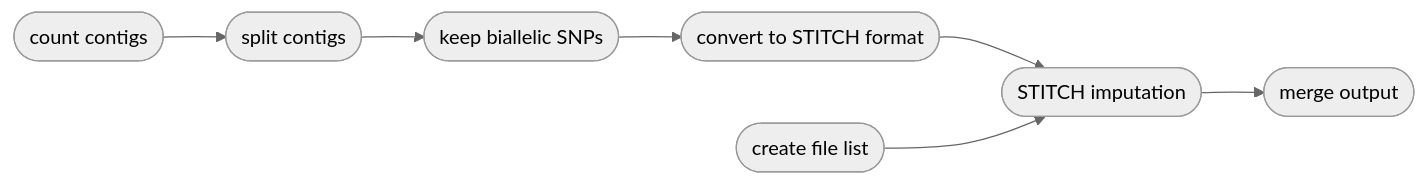
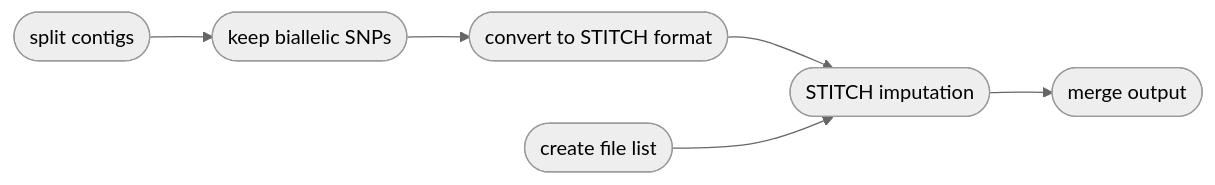
The diagram in Modules/imputation.md (pdimens/harpy), drawn with Mermaid (neutral theme) before and after one commit. The commit also changed other lines of this file and 4 other files, not shown here.

````diff
--- a/Modules/imputation.md
+++ b/Modules/imputation.md
@@ -123,9 +128,8 @@
 ```mermaid
 graph LR
-    A([count contigs]) --> B([split contigs])
-    B-->C([keep biallelic SNPs])
+    B([split contigs])-->C([keep biallelic SNPs])
     C-->D([convert to STITCH format])
     D-->E([STITCH imputation])
     E-->F([merge output])
     G([create file list])-->E
 ```
````
